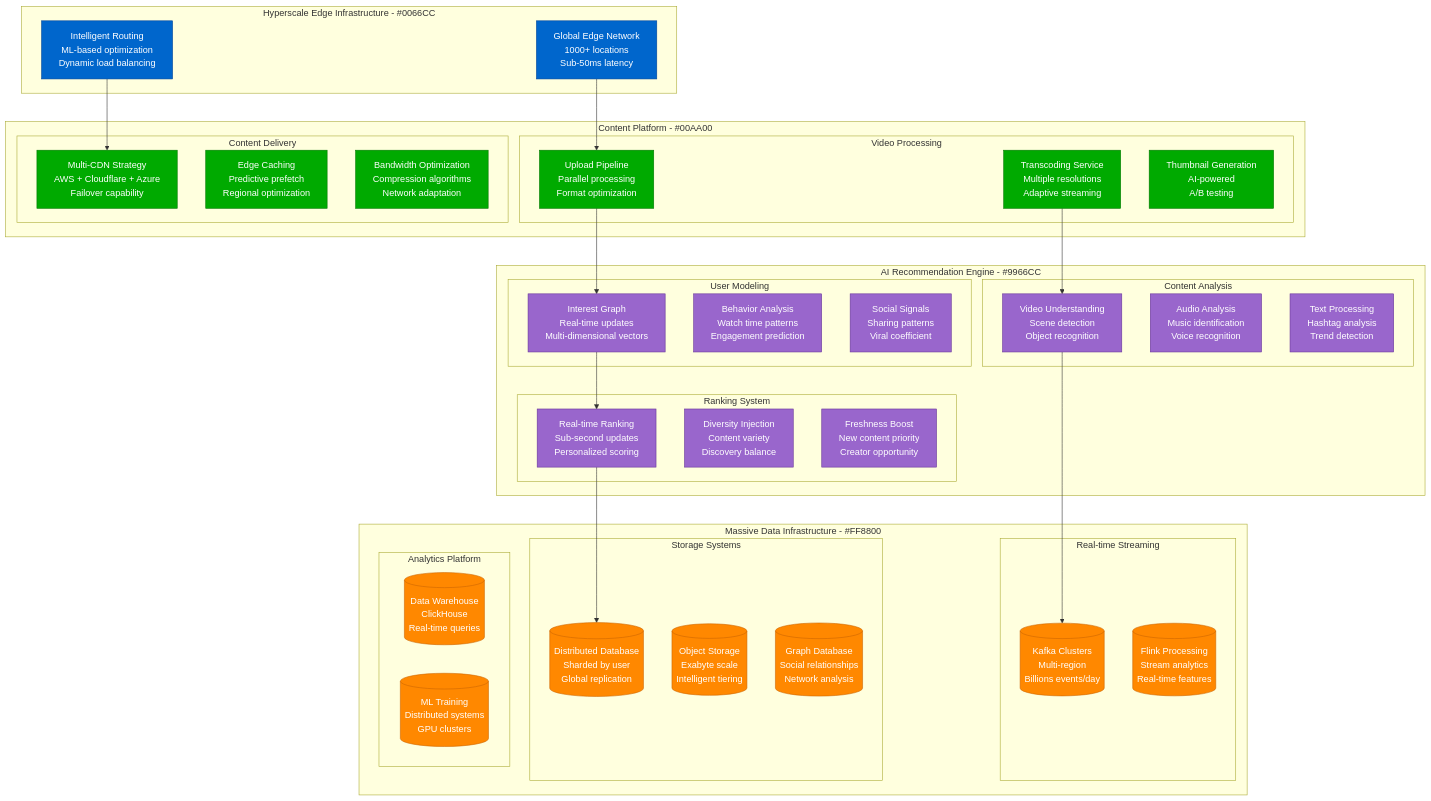
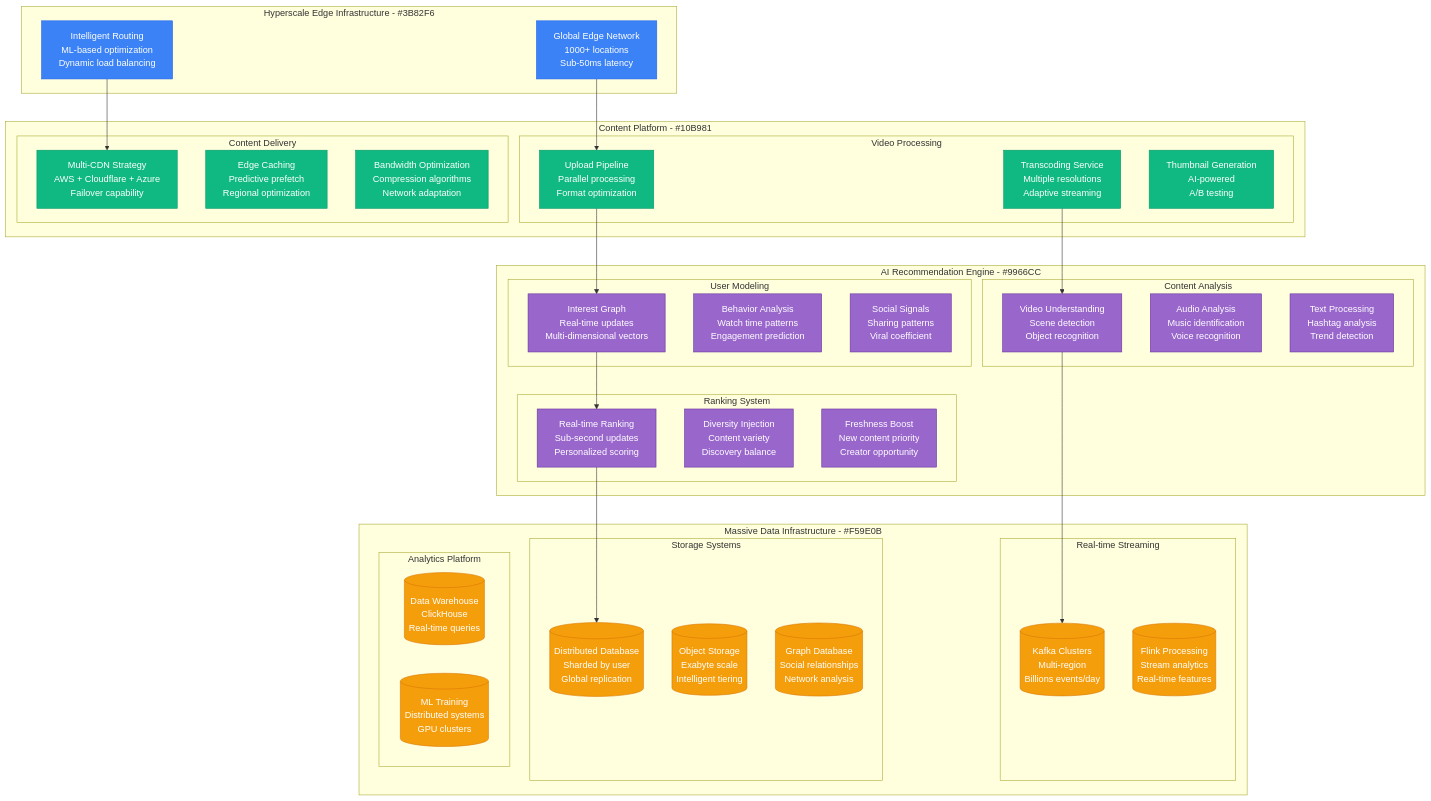
Before and after one commit to deepaucksharma/DS: the third of 3 diagrams in site/docs/scaling/tiktok-scale-evolution.md, drawn with Mermaid. The commit also changed other lines of this file and 187 other files, not shown here.

````diff
--- a/site/docs/scaling/tiktok-scale-evolution.md
+++ b/site/docs/scaling/tiktok-scale-evolution.md
@@ -126,77 +126,77 @@
 ```mermaid
 graph TB
-    subgraph HyperscaleEdge[Hyperscale Edge Infrastructure - #0066CC]
+    subgraph HyperscaleEdge[Hyperscale Edge Infrastructure - #3B82F6]
         GLOBAL_EDGE[Global Edge Network<br/>1000+ locations<br/>Sub-50ms latency]
         INTELLIGENT_ROUTING[Intelligent Routing<br/>ML-based optimization<br/>Dynamic load balancing]
     end
 
-    subgraph ContentPlatform[Content Platform - #00AA00]
+    subgraph ContentPlatform[Content Platform - #10B981]
         subgraph VideoProcessing[Video Processing]
             UPLOAD_PIPELINE[Upload Pipeline<br/>Parallel processing<br/>Format optimization]
             TRANSCODING[Transcoding Service<br/>Multiple resolutions<br/>Adaptive streaming]
             THUMBNAIL_GEN[Thumbnail Generation<br/>AI-powered<br/>A/B testing]
         end
 
         subgraph ContentDelivery[Content Delivery]
             CDN_MULTI[Multi-CDN Strategy<br/>AWS + Cloudflare + Azure<br/>Failover capability]
             EDGE_CACHING[Edge Caching<br/>Predictive prefetch<br/>Regional optimization]
             BANDWIDTH_OPT[Bandwidth Optimization<br/>Compression algorithms<br/>Network adaptation]
         end
     end
 
     subgraph AIRecommendation[AI Recommendation Engine - #9966CC]
         subgraph UserModeling[User Modeling]
             INTEREST_GRAPH[Interest Graph<br/>Real-time updates<br/>Multi-dimensional vectors]
             BEHAVIOR_ANALYSIS[Behavior Analysis<br/>Watch time patterns<br/>Engagement prediction]
             SOCIAL_SIGNALS[Social Signals<br/>Sharing patterns<br/>Viral coefficient]
         end
 
         subgraph ContentAnalysis[Content Analysis]
             VIDEO_UNDERSTANDING[Video Understanding<br/>Scene detection<br/>Object recognition]
             AUDIO_ANALYSIS[Audio Analysis<br/>Music identification<br/>Voice recognition]
             TEXT_PROCESSING[Text Processing<br/>Hashtag analysis<br/>Trend detection]
         end
 
         subgraph RankingSystem[Ranking System]
             REAL_TIME_RANKING[Real-time Ranking<br/>Sub-second updates<br/>Personalized scoring]
             DIVERSITY_INJECTION[Diversity Injection<br/>Content variety<br/>Discovery balance]
             FRESHNESS_BOOST[Freshness Boost<br/>New content priority<br/>Creator opportunity]
         end
     end
 
-    subgraph MassiveData[Massive Data Infrastructure - #FF8800]
+    subgraph MassiveData[Massive Data Infrastructure - #F59E0B]
         subgraph StreamingData[Real-time Streaming]
             KAFKA_CLUSTERS[(Kafka Clusters<br/>Multi-region<br/>Billions events/day)]
             FLINK_PROCESSING[(Flink Processing<br/>Stream analytics<br/>Real-time features)]
         end
 
         subgraph StorageSystems[Storage Systems]
             DISTRIBUTED_DB[(Distributed Database<br/>Sharded by user<br/>Global replication)]
             OBJECT_STORAGE[(Object Storage<br/>Exabyte scale<br/>Intelligent tiering)]
             GRAPH_DB[(Graph Database<br/>Social relationships<br/>Network analysis)]
         end
 
         subgraph AnalyticsPlatform[Analytics Platform]
             DATA_WAREHOUSE[(Data Warehouse<br/>ClickHouse<br/>Real-time queries)]
             ML_TRAINING[(ML Training<br/>Distributed systems<br/>GPU clusters)]
         end
     end
 
     GLOBAL_EDGE --> UPLOAD_PIPELINE
     INTELLIGENT_ROUTING --> CDN_MULTI
     UPLOAD_PIPELINE --> INTEREST_GRAPH
     TRANSCODING --> VIDEO_UNDERSTANDING
     INTEREST_GRAPH --> REAL_TIME_RANKING
     VIDEO_UNDERSTANDING --> KAFKA_CLUSTERS
     REAL_TIME_RANKING --> DISTRIBUTED_DB
 
-    classDef edgeStyle fill:#0066CC,stroke:#004499,color:#fff
-    classDef contentStyle fill:#00AA00,stroke:#007700,color:#fff
+    classDef edgeStyle fill:#3B82F6,stroke:#2563EB,color:#fff
+    classDef contentStyle fill:#10B981,stroke:#059669,color:#fff
     classDef aiStyle fill:#9966CC,stroke:#663399,color:#fff
-    classDef dataStyle fill:#FF8800,stroke:#CC6600,color:#fff
+    classDef dataStyle fill:#F59E0B,stroke:#D97706,color:#fff
 
     class GLOBAL_EDGE,INTELLIGENT_ROUTING edgeStyle
     class UPLOAD_PIPELINE,TRANSCODING,THUMBNAIL_GEN,CDN_MULTI,EDGE_CACHING,BANDWIDTH_OPT contentStyle
     class INTEREST_GRAPH,BEHAVIOR_ANALYSIS,SOCIAL_SIGNALS,VIDEO_UNDERSTANDING,AUDIO_ANALYSIS,TEXT_PROCESSING,REAL_TIME_RANKING,DIVERSITY_INJECTION,FRESHNESS_BOOST aiStyle
     class KAFKA_CLUSTERS,FLINK_PROCESSING,DISTRIBUTED_DB,OBJECT_STORAGE,GRAPH_DB,DATA_WAREHOUSE,ML_TRAINING dataStyle
 ```
````
